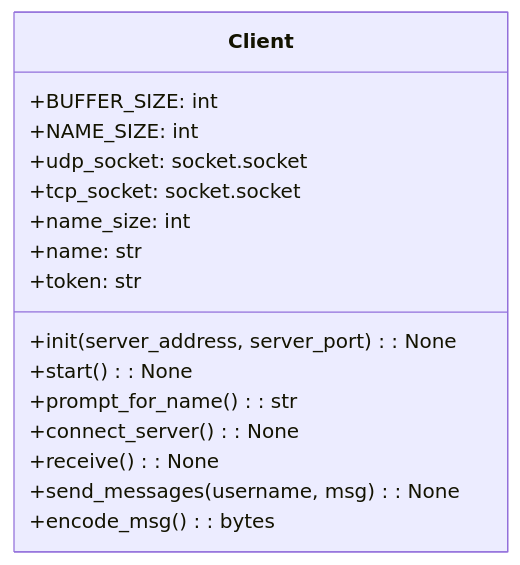
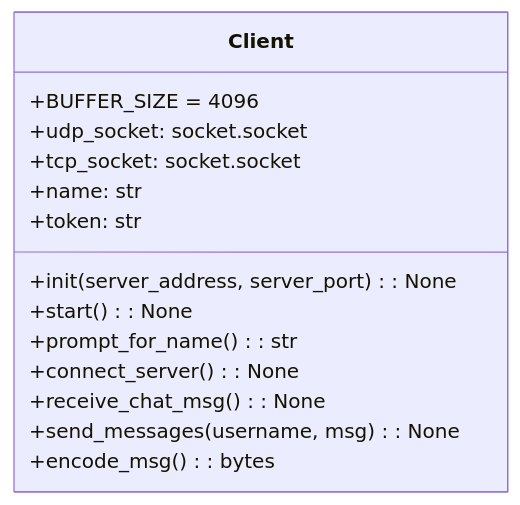
One commit to recursion-backend-team-d/online-chat-messenger changed the second of 2 diagrams in README.md. Above: the diagram before and after it, drawn with Mermaid. The commit also changed other lines of this file, not shown here.

Commit message:
クラス図を更新 #9

````diff
--- a/README.md
+++ b/README.md
@@ -50,20 +103,18 @@
 ```mermaid
 classDiagram
 class Client {
-  +BUFFER_SIZE: int
-  +NAME_SIZE: int
+  +BUFFER_SIZE = 4096
   +udp_socket: socket.socket
   +tcp_socket: socket.socket
-  +name_size: int
   +name: str
   +token: str
 
   +init(server_address, server_port): None
   +start(): None
   +prompt_for_name(): str
   +connect_server(): None
-  +receive(): None
+  +receive_chat_msg(): None
   +send_messages(username, msg): None
   +encode_msg(): bytes
 }
 ```
````
